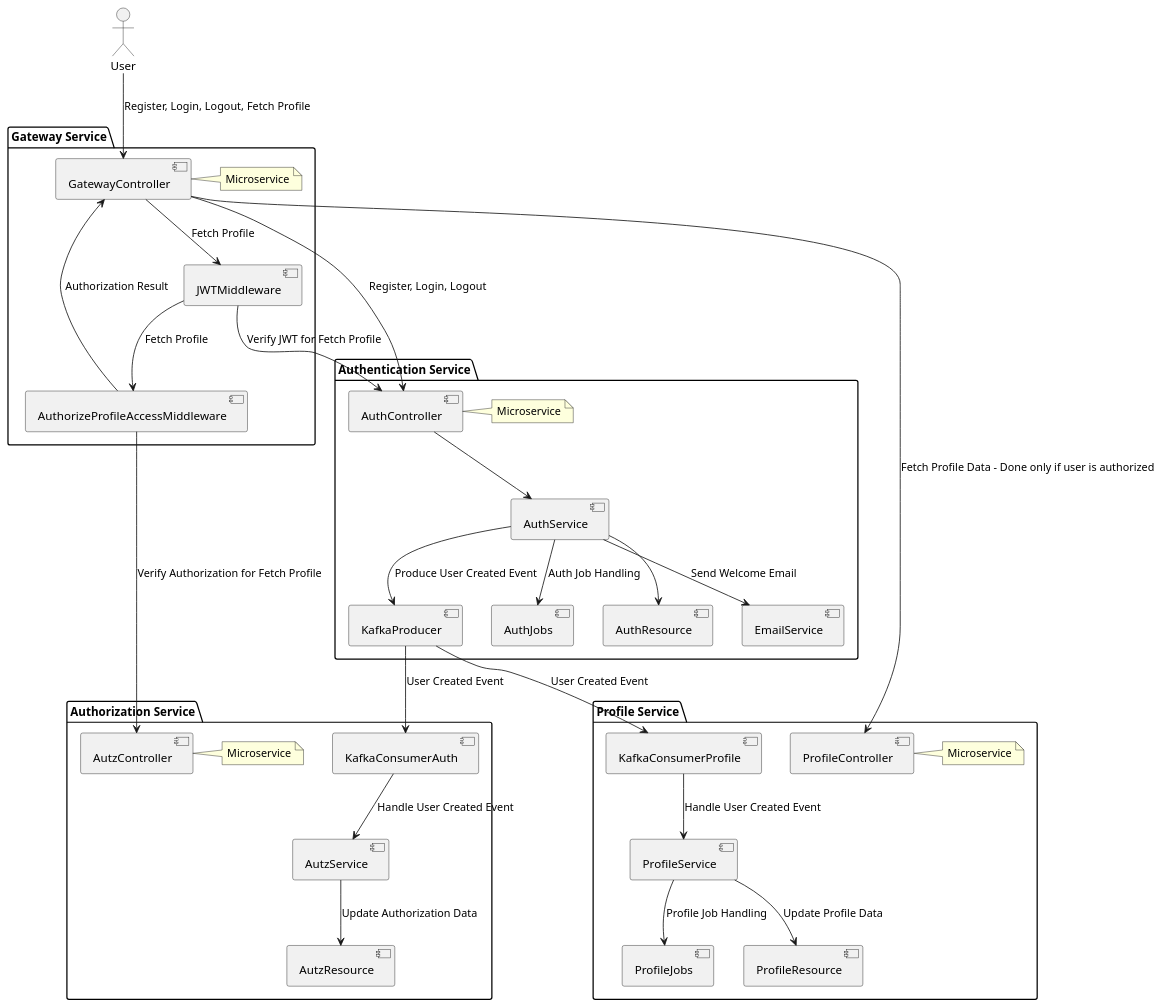
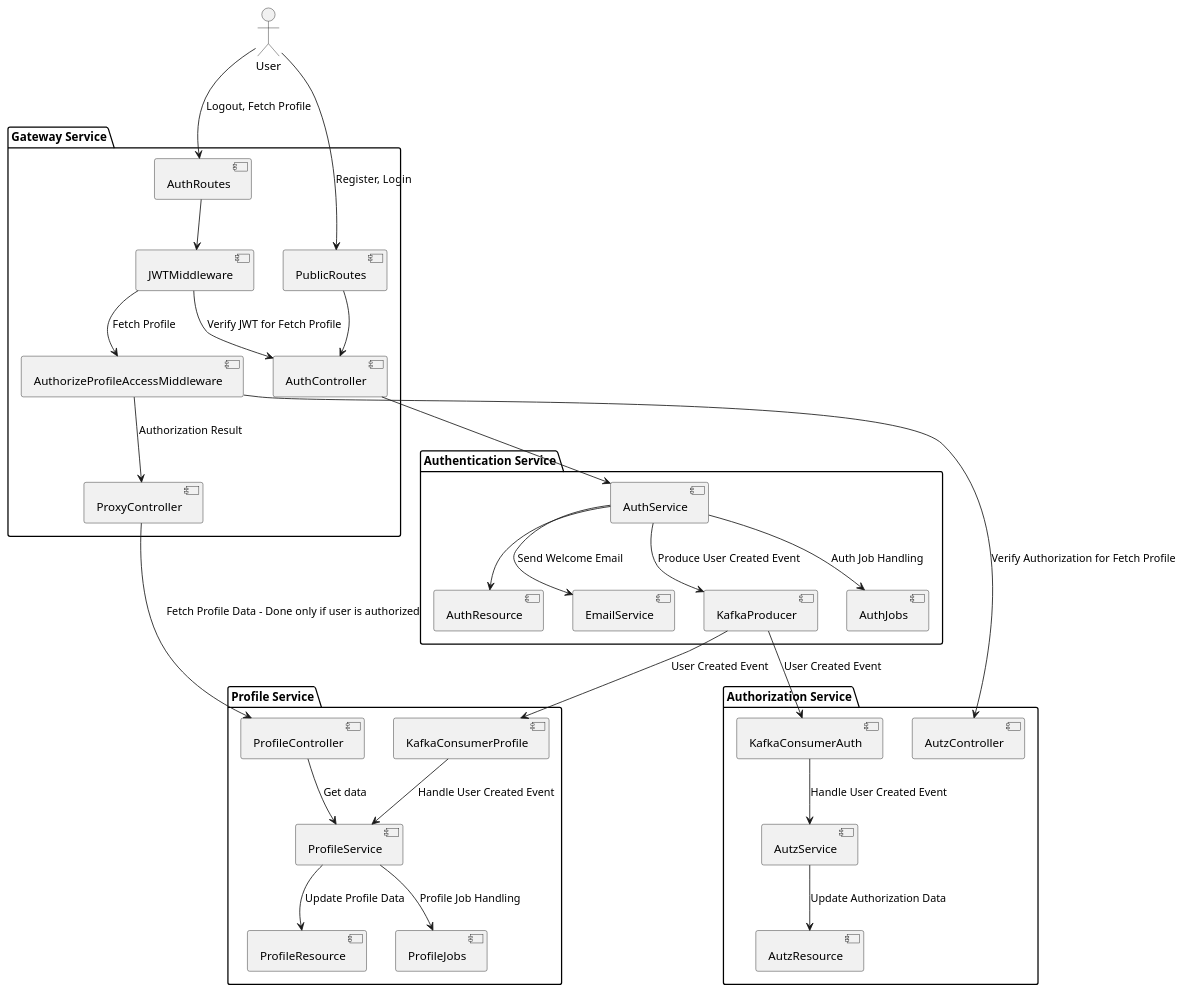
The diagram in documentation/PlantUML/Code/global.md (miloskec/gateway), drawn with PlantUML before and after one commit. The commit also changed 2 other files, not shown here.

````diff
--- a/documentation/PlantUML/Code/global.md
+++ b/documentation/PlantUML/Code/global.md
@@ -5,78 +5,72 @@
 ```plantuml
 @startuml
 allowmixing
 
 actor User
 
 package "Gateway Service" {
-  component GatewayController
   component JWTMiddleware
   component AuthorizeProfileAccessMiddleware
-  note right of GatewayController
-    Microservice
-  end note
+  component ProxyController
+  component AuthController
+  component AuthRoutes
+  component PublicRoutes
 }
 
 package "Authentication Service" {
   component AuthController
   component AuthService
   component AuthResource
   component EmailService
   component KafkaProducer
   component AuthJobs
-  note right of AuthController
-    Microservice
-  end note
 }
 
 package "Authorization Service" {
   component AutzController
   component AutzService
   component AutzResource
   component KafkaConsumerAuth
-  note right of AutzController
-    Microservice
-  end note
 }
 
 package "Profile Service" {
   component ProfileController
   component ProfileService
   component ProfileResource
   component KafkaConsumerProfile
   component ProfileJobs
-  note right of ProfileController
-    Microservice
-  end note
 }
 
-User --> GatewayController : Register, Login, Logout, Fetch Profile
+User --> PublicRoutes: Register, Login
+PublicRoutes --> AuthController
 
-GatewayController --> JWTMiddleware : Fetch Profile
+User --> AuthRoutes: Logout, Fetch Profile
+AuthRoutes --> JWTMiddleware
+
 JWTMiddleware --> AuthController : Verify JWT for Fetch Profile
 JWTMiddleware --> AuthorizeProfileAccessMiddleware : Fetch Profile
 
 AuthorizeProfileAccessMiddleware --> AutzController : Verify Authorization for Fetch Profile
-AuthorizeProfileAccessMiddleware --> GatewayController : Authorization Result
+AuthorizeProfileAccessMiddleware --> ProxyController : Authorization Result
 
-GatewayController --> AuthController : Register, Login, Logout
-GatewayController --> ProfileController : Fetch Profile Data - Done only if user is authorized
+ProxyController --> ProfileController : Fetch Profile Data - Done only if user is authorized
+ProfileController --> ProfileService : Get data
 
 AuthController --> AuthService
 AuthService --> AuthResource
 AuthService --> EmailService : Send Welcome Email
 AuthService --> KafkaProducer : Produce User Created Event
 
 KafkaProducer --> KafkaConsumerAuth : User Created Event
 KafkaConsumerAuth --> AutzService : Handle User Created Event
 AutzService --> AutzResource : Update Authorization Data
 
 KafkaProducer --> KafkaConsumerProfile : User Created Event
 KafkaConsumerProfile --> ProfileService : Handle User Created Event
 ProfileService --> ProfileResource : Update Profile Data
 
 AuthService --> AuthJobs : Auth Job Handling
 ProfileService --> ProfileJobs : Profile Job Handling
 
 @enduml
 ```
````
